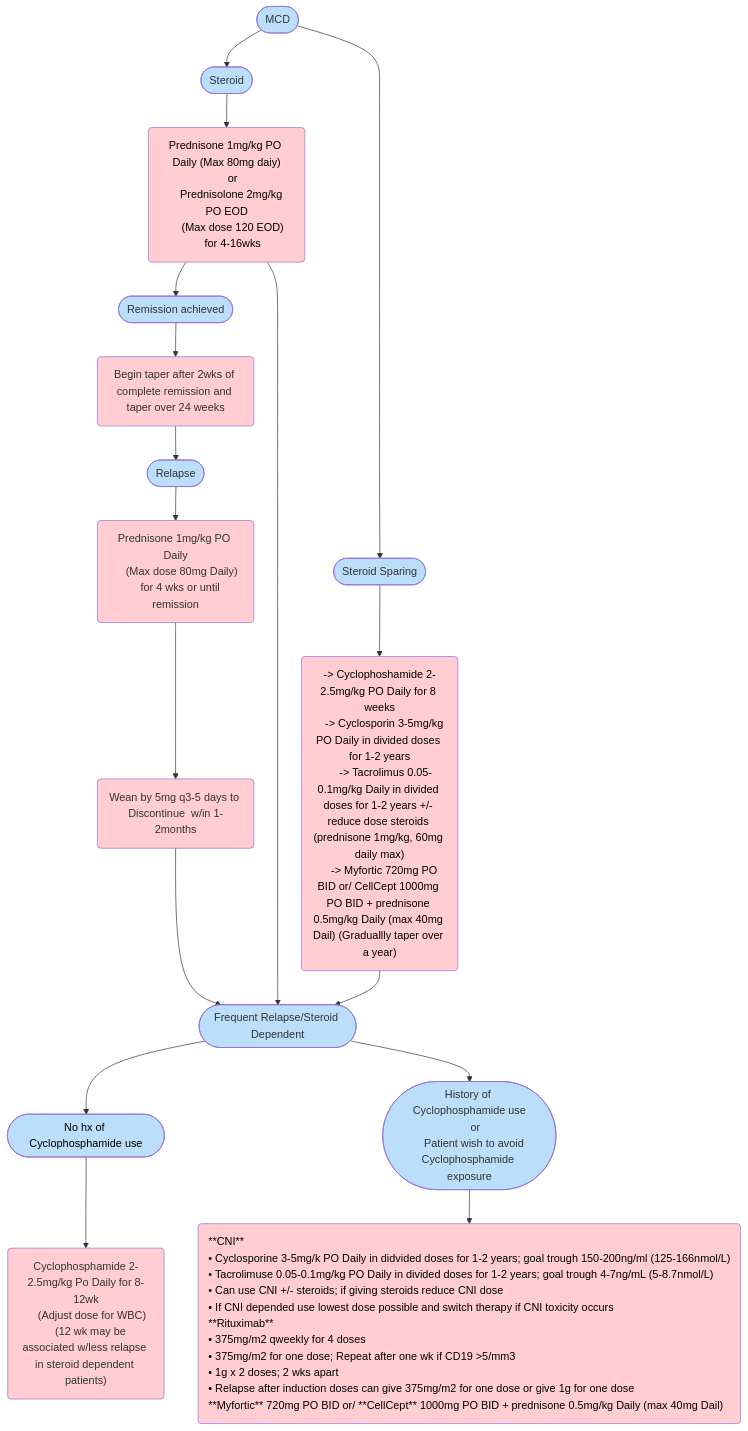
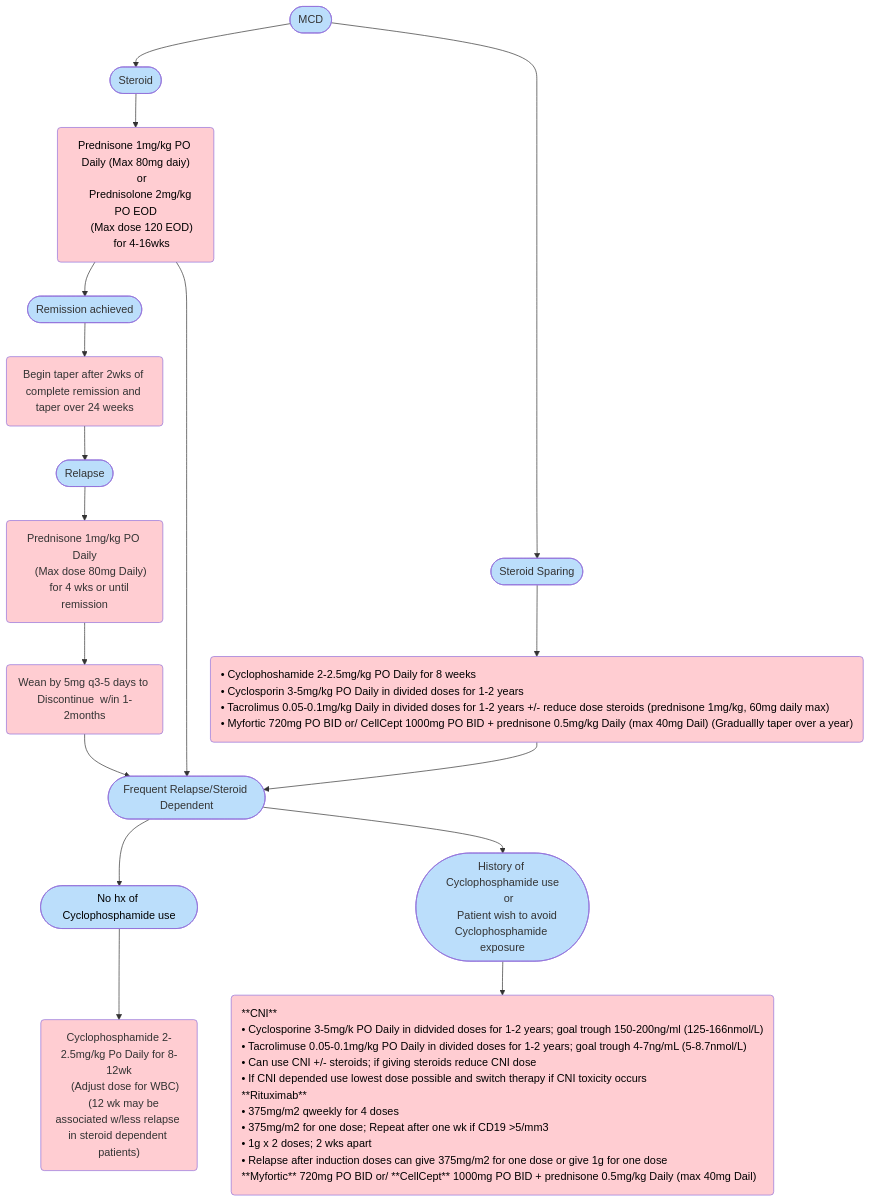
Before and after one commit to TTUNEPH2025/GN: the diagram in docs/MCD.md, drawn with Mermaid.

````diff
--- a/docs/MCD.md
+++ b/docs/MCD.md
@@ -41,61 +41,62 @@
 ```mermaid
 flowchart TB
     A(["MCD"]) --> B(["Steroid"]) & n1(["Steroid Sparing"])
     B --> C["Prednisone 1mg/kg PO Daily (Max 80mg daiy)
     or
     Prednisolone 2mg/kg PO EOD
     (Max dose 120 EOD)
     for 4-16wks"]
     C --> n2(["Remission achieved"]) & n8(["Frequent Relapse/Steroid Dependent"])
     n2 --> n3["Begin taper after 2wks of complete remission and taper over 24 weeks"]
     n3 --> n4(["Relapse"])
     n4 --> n5["Prednisone 1mg/kg PO Daily
     (Max dose 80mg Daily)
     for 4 wks or until remission"]
     n5 --> n6["Wean by 5mg q3-5 days to Discontinue  w/in 1-2months"]
-    n1 --> n7["-> Cyclophoshamide 2-2.5mg/kg PO Daily for 8 weeks
-    -> Cyclosporin 3-5mg/kg PO Daily in divided doses for 1-2 years
-    -> Tacrolimus 0.05-0.1mg/kg Daily in divided doses for 1-2 years +/- reduce dose steroids (prednisone 1mg/kg, 60mg daily max)
-    -> Myfortic 720mg PO BID or/ CellCept 1000mg PO BID + prednisone 0.5mg/kg Daily (max 40mg Dail) (Graduallly taper over a year)"]
+    n1 --> n7["• Cyclophoshamide 2-2.5mg/kg PO Daily for 8 weeks
+    • Cyclosporin 3-5mg/kg PO Daily in divided doses for 1-2 years
+    • Tacrolimus 0.05-0.1mg/kg Daily in divided doses for 1-2 years +/- reduce dose steroids (prednisone 1mg/kg, 60mg daily max)
+    • Myfortic 720mg PO BID or/ CellCept 1000mg PO BID + prednisone 0.5mg/kg Daily (max 40mg Dail) (Graduallly taper over a year)"]
     n7 --> n8
     n6 --> n8
     n8 --> n9(["No hx of Cyclophosphamide use"]) & n10(["History of Cyclophosphamide use
     or
     Patient wish to avoid Cyclophosphamide exposure"])
     n9 --> n11["Cyclophosphamide 2-2.5mg/kg Po Daily for 8-12wk
     (Adjust dose for WBC)
     (12 wk may be associated w/less relapse in steroid dependent patients)"]
     n10 --> n12["**CNI**
     • Cyclosporine 3-5mg/k PO Daily in didvided doses for 1-2 years; goal trough 150-200ng/ml (125-166nmol/L)
     • Tacrolimuse 0.05-0.1mg/kg PO Daily in divided doses for 1-2 years; goal trough 4-7ng/mL (5-8.7nmol/L)
     • Can use CNI +/- steroids; if giving steroids reduce CNI dose
     • If CNI depended use lowest dose possible and switch therapy if CNI toxicity occurs
     **Rituximab**
     • 375mg/m2 qweekly for 4 doses
     • 375mg/m2 for one dose; Repeat after one wk if CD19 >5/mm3
     • 1g x 2 doses; 2 wks apart
     • Relapse after induction doses can give 375mg/m2 for one dose or give 1g for one dose
     **Myfortic** 720mg PO BID or/ **CellCept** 1000mg PO BID + prednisone 0.5mg/kg Daily (max 40mg Dail)"]
     C@{ shape: rounded}
     n3@{ shape: rounded}
     n5@{ shape: rounded}
     n6@{ shape: rounded}
     n7@{ shape: rounded}
     n11@{ shape: rounded}
     n12@{ shape: rounded}
     style A fill:#BBDEFB
     style B fill:#BBDEFB
     style n1 fill:#BBDEFB
     style C fill:#FFCDD2,color:#000000
     style n2 fill:#BBDEFB
     style n8 fill:#BBDEFB
     style n3 fill:#FFCDD2
     style n4 fill:#BBDEFB
     style n5 fill:#FFCDD2
     style n6 fill:#FFCDD2
     style n7 color:#000000,fill:#FFCDD2
     style n9 fill:#BBDEFB,color:#000000
     style n10 fill:#BBDEFB
     style n11 fill:#FFCDD2
     style n12 fill:#FFCDD2,color:#000000,text-align:left,white-space:nowrap
+    style n7 fill:#FFCDD2,color:#000000,text-align:left,white-space:nowrap
 ```
````
